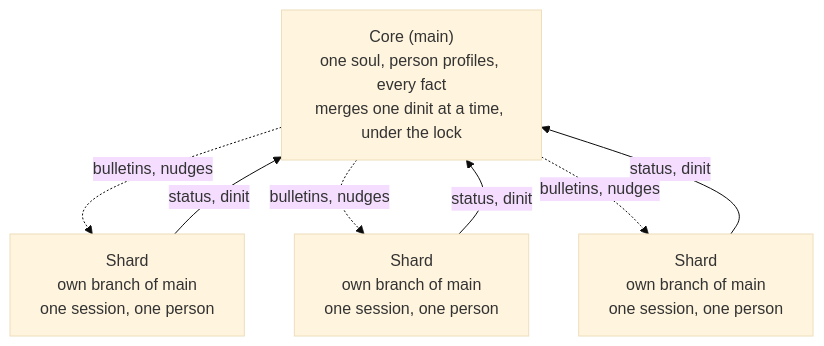
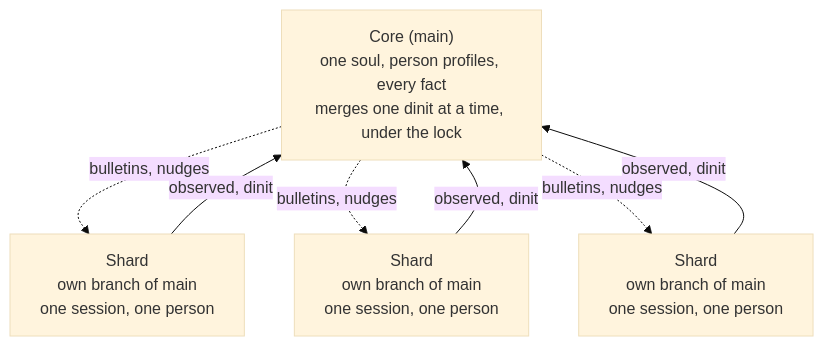
Before and after one commit to Raelyn-Riley/shards-memory: the first of 2 diagrams in docs/design.md, drawn with Mermaid (base theme). The commit also changed other lines of this file and 1 other file, not shown here.

First line of the commit message:
README and design: awareness as observe, data core, reasoning core

````diff
--- a/docs/design.md
+++ b/docs/design.md
@@ -14,13 +14,13 @@
 ```mermaid
 flowchart TB
     core["Core (main)<br/>one soul, person profiles, every fact<br/>merges one dinit at a time, under the lock"]
     s1["Shard<br/>own branch of main<br/>one session, one person"]
     s2["Shard<br/>own branch of main<br/>one session, one person"]
     s3["Shard<br/>own branch of main<br/>one session, one person"]
-    s1 -- "status, dinit" --> core
-    s2 -- "status, dinit" --> core
-    s3 -- "status, dinit" --> core
+    s1 -- "observed, dinit" --> core
+    s2 -- "observed, dinit" --> core
+    s3 -- "observed, dinit" --> core
     core -. "bulletins, nudges" .-> s1
     core -. "bulletins, nudges" .-> s2
     core -. "bulletins, nudges" .-> s3
 ```
````
